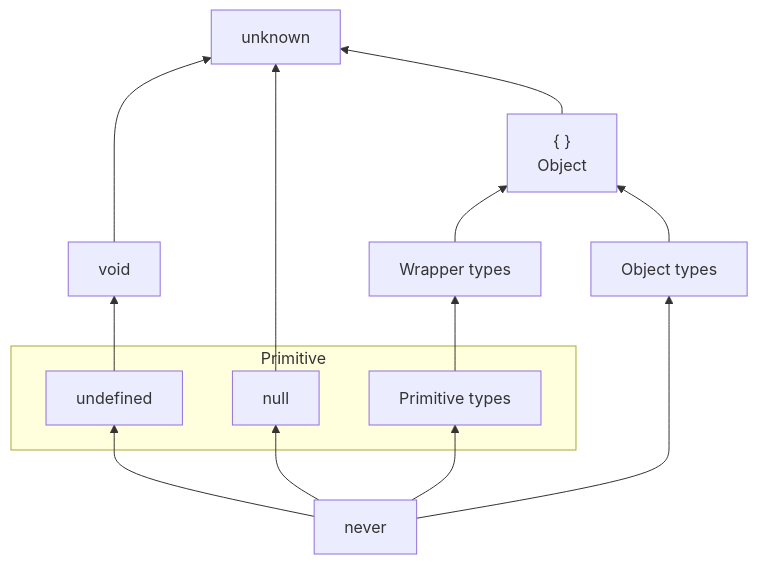
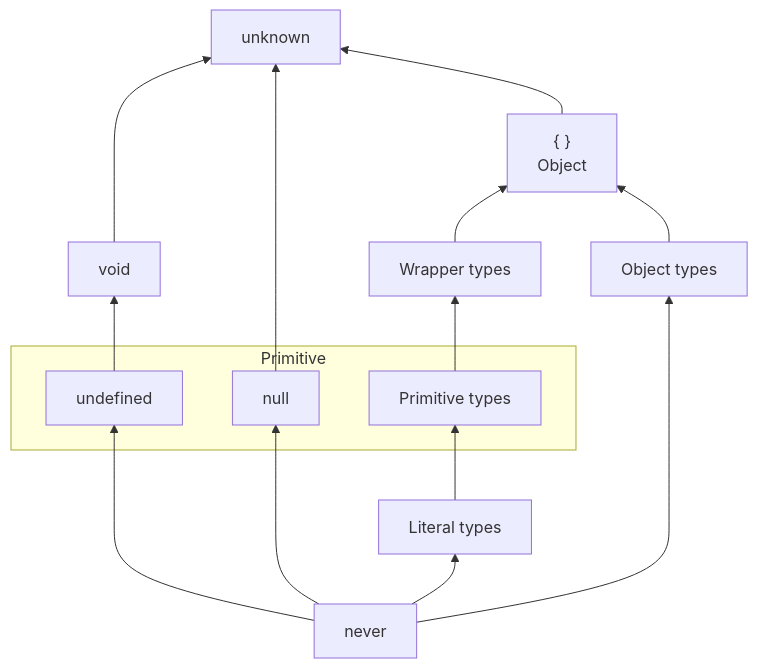
The fifth of 16 diagrams in books/ts-algebraic-models/7-2-tam-lattice-theoretic-model-2.md (yo-goto/zenn-public-repo), drawn with Mermaid before and after one commit. The commit also changed other lines of this file, not shown here.

````diff
--- a/books/ts-algebraic-models/7-2-tam-lattice-theoretic-model-2.md
+++ b/books/ts-algebraic-models/7-2-tam-lattice-theoretic-model-2.md
@@ -88,19 +115,20 @@
 ```mermaid
 graph BT
   U[unknown]
   N[never]
   V[void]
   O["{ }\n Object"]
   W[Wrapper types]
+  L[Literal types]
   subgraph Primitive
     u[undefined]
     n[null]
     P[Primitive types]
   end
   objs[Object types]
   N --> u --> V --> U
   N --> n --> U
-  N --> P --> W --> O
+  N --> L --> P --> W --> O
   N --> objs --> O
   O --> U
 ```
````
